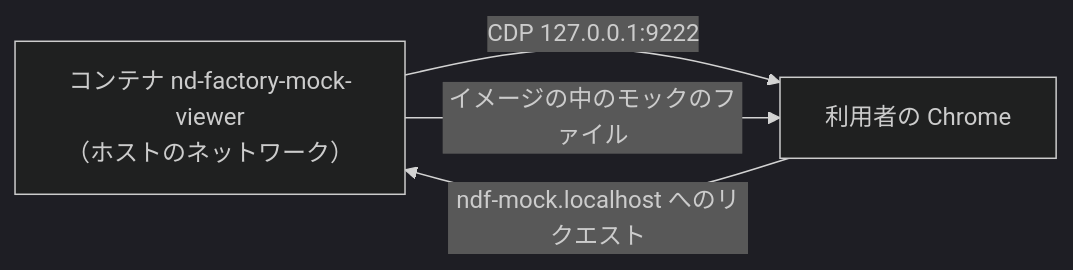
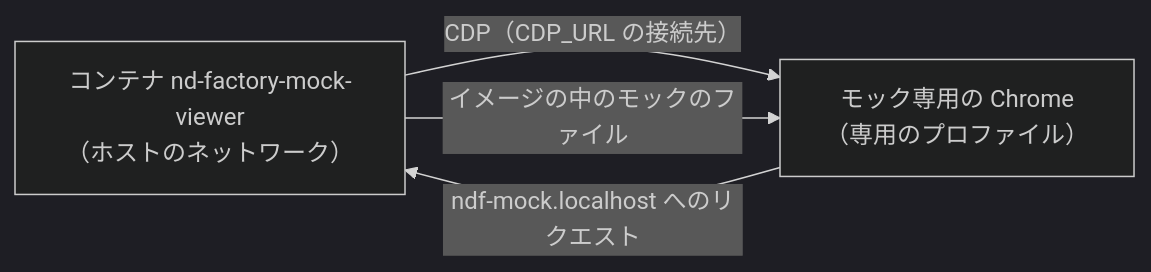
Before and after one commit to devbasex/nd-factory: the diagram in .claude/skills/mock-viewer/SKILL.md, drawn with Mermaid (dark theme). The commit also changed other lines of this file and 158 other files, not shown here.

First line of the commit message:
画面の基盤: スマートフォンでも、つながらなくても、同じ地図と部品で画面を使える (#180)

````diff
--- a/.claude/skills/mock-viewer/SKILL.md
+++ b/.claude/skills/mock-viewer/SKILL.md
@@ -12,6 +12,6 @@
 ```mermaid
 flowchart LR
-  C["コンテナ nd-factory-mock-viewer<br/>（ホストのネットワーク）"] -- "CDP 127.0.0.1:9222" --> B["利用者の Chrome"]
+  C["コンテナ nd-factory-mock-viewer<br/>（ホストのネットワーク）"] -- "CDP（CDP_URL の接続先）" --> B["モック専用の Chrome<br/>（専用のプロファイル）"]
   B -- "ndf-mock.localhost へのリクエスト" --> C
   C -- "イメージの中のモックのファイル" --> B
 ```
````
